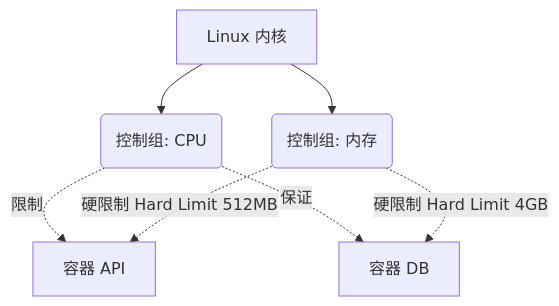
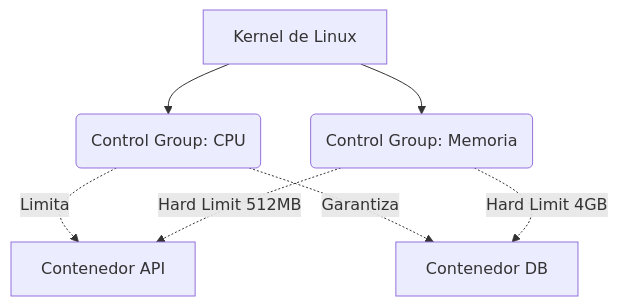
One commit to gjpierp/nmergeia changed the first of 2 diagrams in public/docs/zh/docker_experto.md. Above: the diagram before and after it, drawn with Mermaid. The commit also changed other lines of this file and 518 other files, not shown here.

````diff
--- a/public/docs/zh/docker_experto.md
+++ b/public/docs/zh/docker_experto.md
@@ -14,11 +14,11 @@
 ```mermaid
 graph TD
-    Kernel[Linux 内核] --> CgroupCPU(控制组: CPU)
-    Kernel --> CgroupRAM(控制组: 内存)
+    Kernel[Kernel de Linux] --> CgroupCPU(Control Group: CPU)
+    Kernel --> CgroupRAM(Control Group: Memoria)
     
-    CgroupCPU -.->|限制| C1[容器 API]
-    CgroupCPU -.->|保证| C2[容器 DB]
+    CgroupCPU -.->|Limita| C1[Contenedor API]
+    CgroupCPU -.->|Garantiza| C2[Contenedor DB]
     
-    CgroupRAM -.->|硬限制 Hard Limit 512MB| C1
-    CgroupRAM -.->|硬限制 Hard Limit 4GB| C2
+    CgroupRAM -.->|Hard Limit 512MB| C1
+    CgroupRAM -.->|Hard Limit 4GB| C2
 ```
````
